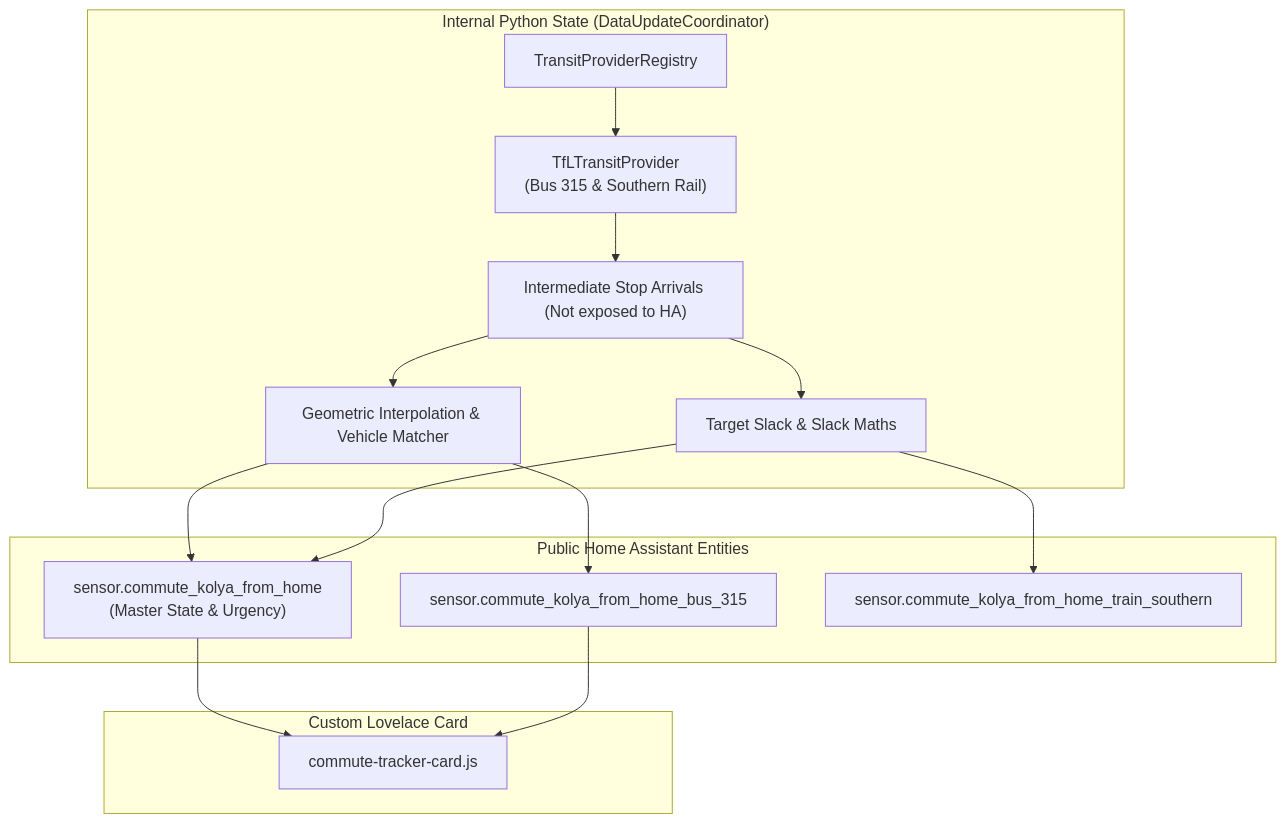
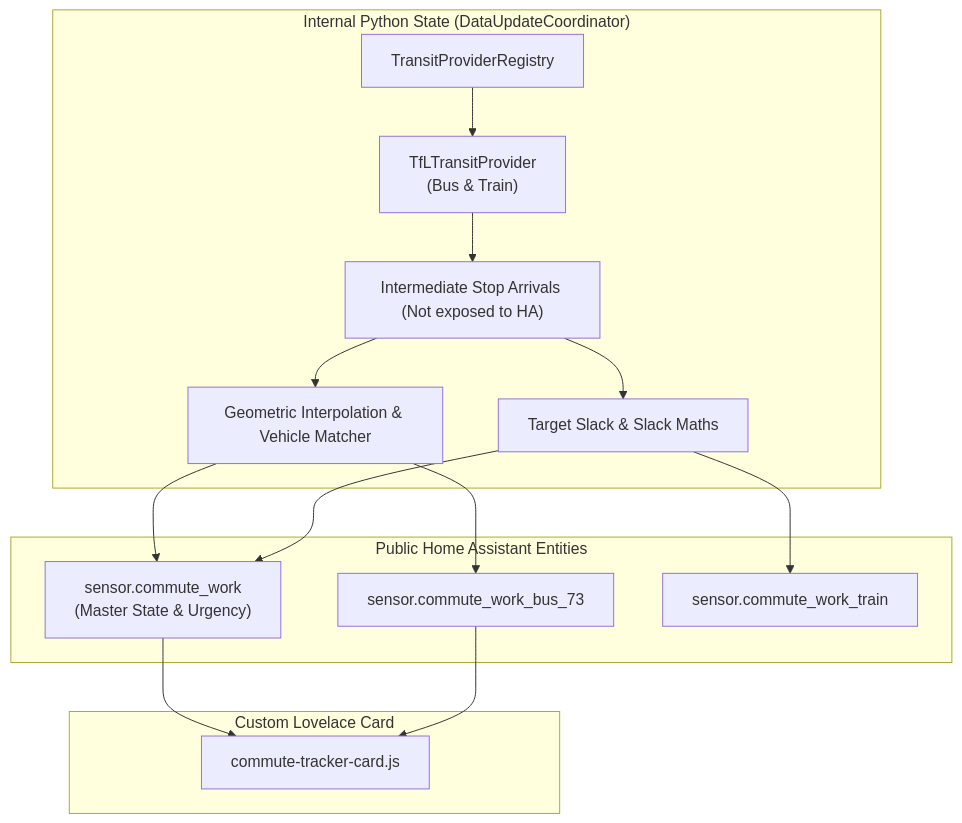
The second of 2 diagrams in conductor/architecture.md (marcelkornblum/ha-commute-tracker), drawn with Mermaid before and after one commit. The commit also changed other lines of this file and 29 other files, not shown here.

````diff
--- a/conductor/architecture.md
+++ b/conductor/architecture.md
@@ -93,32 +94,32 @@
 ```mermaid
 graph TD
     subgraph Internal ["Internal Python State (DataUpdateCoordinator)"]
         ProviderRegistry["TransitProviderRegistry"]
-        TfLProvider["TfLTransitProvider<br/>(Bus 315 & Southern Rail)"]
+        TfLProvider["TfLTransitProvider<br/>(Bus & Train)"]
         ProviderRegistry --> TfLProvider
         RawArrivals["Intermediate Stop Arrivals (Not exposed to HA)"]
         CorridorCalc["Geometric Interpolation & Vehicle Matcher"]
         SlackCalc["Target Slack & Slack Maths"]
     end
 
     subgraph Public ["Public Home Assistant Entities"]
-        MasterRollup["sensor.commute_kolya_from_home<br/>(Master State & Urgency)"]
-        BusChild["sensor.commute_kolya_from_home_bus_315"]
-        TrainChild["sensor.commute_kolya_from_home_train_southern"]
+        MasterRollup["sensor.commute_work<br/>(Master State & Urgency)"]
+        BusChild["sensor.commute_work_bus_73"]
+        TrainChild["sensor.commute_work_train"]
     end
-    
+
     subgraph Frontend ["Custom Lovelace Card"]
         CommuteCard["commute-tracker-card.js"]
     end
 
     TfLProvider --> RawArrivals
     RawArrivals --> CorridorCalc
     RawArrivals --> SlackCalc
     CorridorCalc --> MasterRollup
     SlackCalc --> MasterRollup
     CorridorCalc --> BusChild
     SlackCalc --> TrainChild
-    
+
     MasterRollup --> CommuteCard
     BusChild --> CommuteCard
 ```
````
